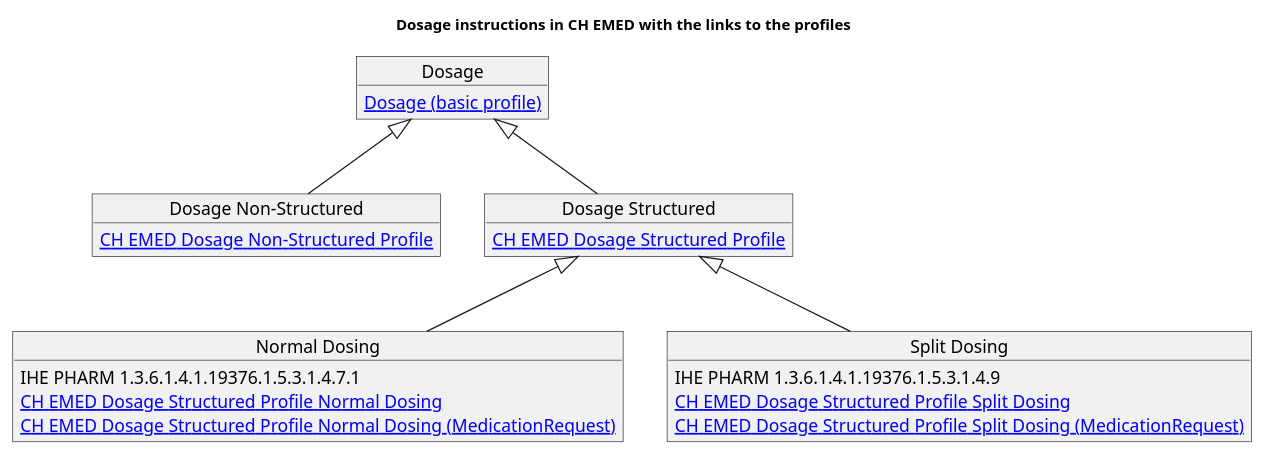
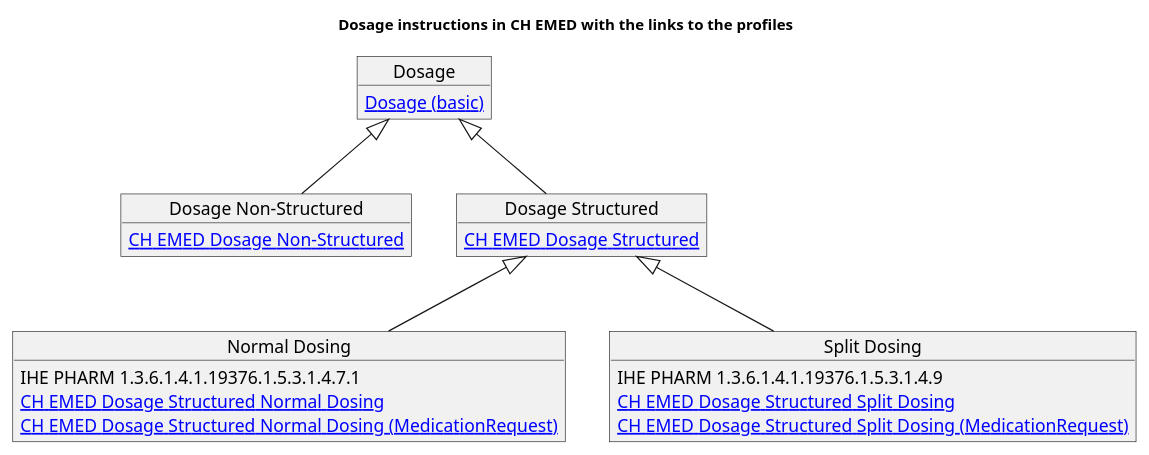
The diagram in input/images-source/dosage.plantuml (hl7ch/ch-emed), drawn with PlantUML before and after one commit. The commit also changed 38 other files, not shown here.

```diff
--- a/input/images-source/dosage.plantuml
+++ b/input/images-source/dosage.plantuml
@@ -1,32 +1,32 @@
 @startuml
 
 skinparam svgDimensionStyle false
 
 title Dosage instructions in CH EMED with the links to the profiles
 skinparam titleFontSize 12
 
 object "Dosage" as dosage {
-  [[http://hl7.org/fhir/StructureDefinition/Dosage Dosage (basic profile)]]
+  [[http://hl7.org/fhir/StructureDefinition/Dosage Dosage (basic)]]
 }
 object "Dosage Non-Structured" as dosagenonstructured {
-  [[StructureDefinition-ch-emed-dosage-nonstructured.html CH EMED Dosage Non-Structured Profile]]
+  [[StructureDefinition-ch-emed-dosage-nonstructured.html CH EMED Dosage Non-Structured]]
 }
 object "Dosage Structured" as dosagestructured {
-  [[StructureDefinition-ch-emed-dosage-structured.html CH EMED Dosage Structured Profile]]
+  [[StructureDefinition-ch-emed-dosage-structured.html CH EMED Dosage Structured]]
 }
 object "Normal Dosing" as dosagestructurednormal {
   IHE PHARM 1.3.6.1.4.1.19376.1.5.3.1.4.7.1
-  [[StructureDefinition-ch-emed-dosage-structured-normal.html CH EMED Dosage Structured Profile Normal Dosing]]
-  [[StructureDefinition-ch-emed-dosage-structured-normal-medicationrequest.html CH EMED Dosage Structured Profile Normal Dosing (MedicationRequest)]]
+  [[StructureDefinition-ch-emed-dosage-structured-normal.html CH EMED Dosage Structured Normal Dosing]]
+  [[StructureDefinition-ch-emed-dosage-structured-normal-medicationrequest.html CH EMED Dosage Structured Normal Dosing (MedicationRequest)]]
 }
 object "Split Dosing" as dosagestructuredsplit {
   IHE PHARM 1.3.6.1.4.1.19376.1.5.3.1.4.9
-  [[StructureDefinition-ch-emed-dosage-structured-split.html CH EMED Dosage Structured Profile Split Dosing]]
-  [[StructureDefinition-ch-emed-dosage-structured-split-medicationrequest.html CH EMED Dosage Structured Profile Split Dosing (MedicationRequest)]]
+  [[StructureDefinition-ch-emed-dosage-structured-split.html CH EMED Dosage Structured Split Dosing]]
+  [[StructureDefinition-ch-emed-dosage-structured-split-medicationrequest.html CH EMED Dosage Structured Split Dosing (MedicationRequest)]]
 }
 
 dosage <|-- dosagenonstructured
 dosage <|-- dosagestructured
 dosagestructured <|-- dosagestructurednormal
 dosagestructured <|-- dosagestructuredsplit
 @enduml
```
